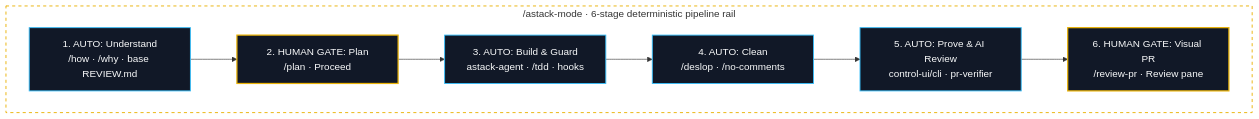
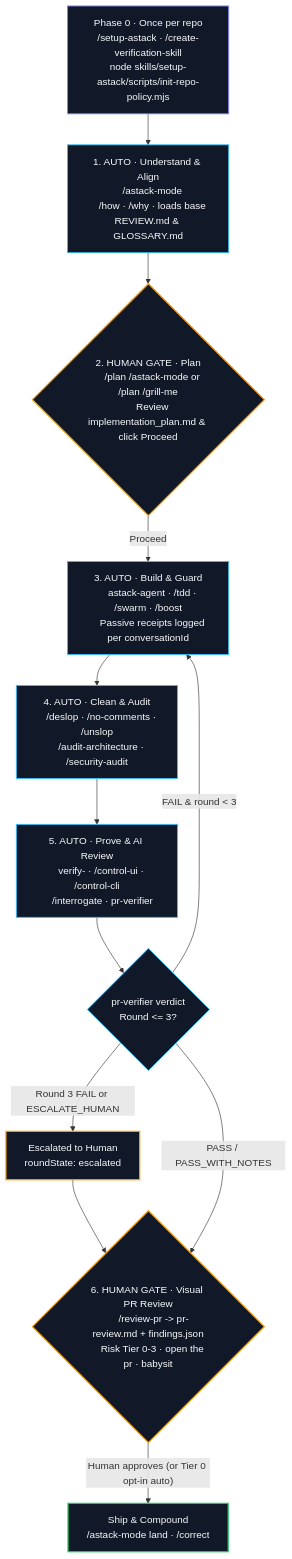
The second of 2 diagrams in README.md (jmxt3/astack), drawn with Mermaid before and after one commit. The commit also changed other lines of this file and 1 other file, not shown here.

Commit message:
docs(readme): add v0.4 workflow slide, Mermaid phase flow, and command guide

````diff
--- a/README.md
+++ b/README.md
@@ -122,27 +128,60 @@
 ```mermaid
-flowchart LR
-    subgraph Router["/astack-mode · 6-stage deterministic pipeline rail"]
-        direction LR
-        S1["`1. AUTO: Understand
-/how · /why · base REVIEW.md`"]
-        S2["`2. HUMAN GATE: Plan
-/plan · Proceed`"]
-        S3["`3. AUTO: Build & Guard
-astack-agent · /tdd · hooks`"]
-        S4["`4. AUTO: Clean
-/deslop · /no-comments`"]
-        S5["`5. AUTO: Prove & AI Review
-control-ui/cli · pr-verifier`"]
-        S6["`6. HUMAN GATE: Visual PR
-/review-pr · Review pane`"]
+flowchart TD
+    P0["`Phase 0 · Once per repo
+    /setup-astack · /create-verification-skill
+    node skills/setup-astack/scripts/init-repo-policy.mjs`"]
 
-        S1 --> S2 --> S3 --> S4 --> S5 --> S6
-    end
+    S1["`1. AUTO · Understand & Align
+    /astack-mode <goal + done check>
+    /how · /why · loads base REVIEW.md & GLOSSARY.md`"]
 
-    style Router fill:transparent,stroke:#eab308,stroke-width:1.5px,stroke-dasharray:5 5
-    classDef stage fill:#111827,stroke:#38bdf8,stroke-width:1.5px,color:#f9fafb
-    classDef gate fill:#111827,stroke:#eab308,stroke-width:2px,color:#f9fafb
-    classDef verify fill:#111827,stroke:#22c55e,stroke-width:2px,color:#f9fafb
-    class S1,S3,S4,S5 stage
-    class S2,S6 gate
+    S2{"`2. HUMAN GATE · Plan
+    /plan /astack-mode or /plan /grill-me
+    Review implementation_plan.md & click Proceed`"}
+
+    S3["`3. AUTO · Build & Guard
+    astack-agent · /tdd · /swarm · /boost
+    Passive receipts logged per conversationId`"]
+
+    S4["`4. AUTO · Clean & Audit
+    /deslop · /no-comments · /unslop
+    /audit-architecture · /security-audit`"]
+
+    S5["`5. AUTO · Prove & AI Review
+    verify-<app> · /control-ui · /control-cli
+    /interrogate · pr-verifier`"]
+
+    VGate{"`pr-verifier verdict
+    Round <= 3?`"}
+
+    Esc["`Escalated to Human
+    roundState: escalated`"]
+
+    S6{"`6. HUMAN GATE · Visual PR Review
+    /review-pr -> pr-review.md + findings.json
+    Risk Tier 0-3 · open the pr · babysit`"}
+
+    Ship["`Ship & Compound
+    /astack-mode land · /correct`"]
+
+    P0 --> S1
+    S1 --> S2
+    S2 -->|"Proceed"| S3
+    S3 --> S4
+    S4 --> S5
+    S5 --> VGate
+    VGate -->|"FAIL & round < 3"| S3
+    VGate -->|"Round 3 FAIL or ESCALATE_HUMAN"| Esc
+    Esc --> S6
+    VGate -->|"PASS / PASS_WITH_NOTES"| S6
+    S6 -->|"Human approves (or Tier 0 opt-in auto)"| Ship
+
+    classDef once fill:#111827,stroke:#818cf8,stroke-width:1.5px,color:#f9fafb
+    classDef auto fill:#111827,stroke:#38bdf8,stroke-width:1.5px,color:#f9fafb
+    classDef gate fill:#111827,stroke:#f59e0b,stroke-width:2px,color:#f9fafb
+    classDef ship fill:#111827,stroke:#22c55e,stroke-width:2px,color:#f9fafb
+    class P0 once
+    class S1,S3,S4,S5,VGate auto
+    class S2,S6,Esc gate
+    class Ship ship
 ```
````
